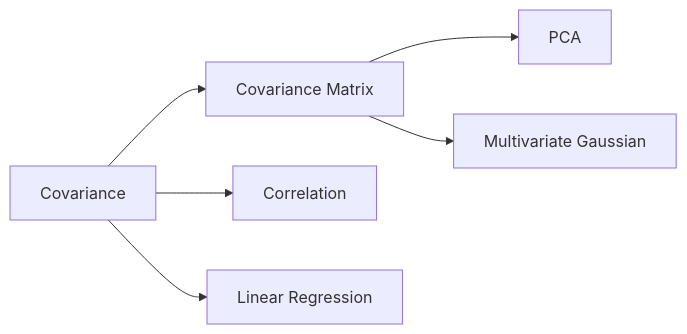
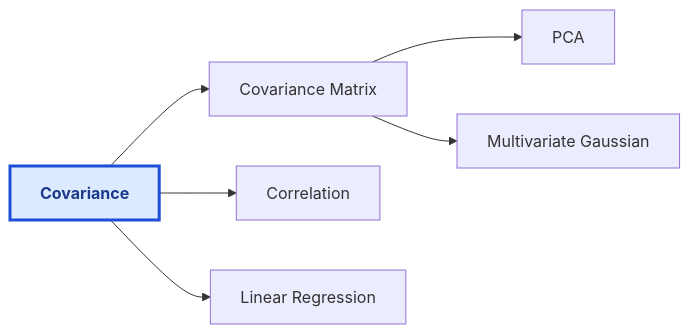
The second of 2 diagrams in C/Covariance.md (ilwon-seo/terms), drawn with Mermaid before and after one commit. The commit also changed other lines of this file and 18 other files, not shown here.

Commit message:
Standardize current-term Mermaid styling

````diff
--- a/C/Covariance.md
+++ b/C/Covariance.md
@@ -243,9 +245,11 @@
 ```mermaid
 graph LR
     Cov[Covariance]
     Cov --> CM[Covariance Matrix]
     CM --> PCA[PCA]
     CM --> MVN[Multivariate Gaussian]
     Cov --> Corr[Correlation]
     Cov --> Reg[Linear Regression]
+    classDef currentTerm fill:#dbeafe,stroke:#1d4ed8,stroke-width:3px,color:#1e3a8a,font-weight:bold
+    class Cov currentTerm
 ```
````
